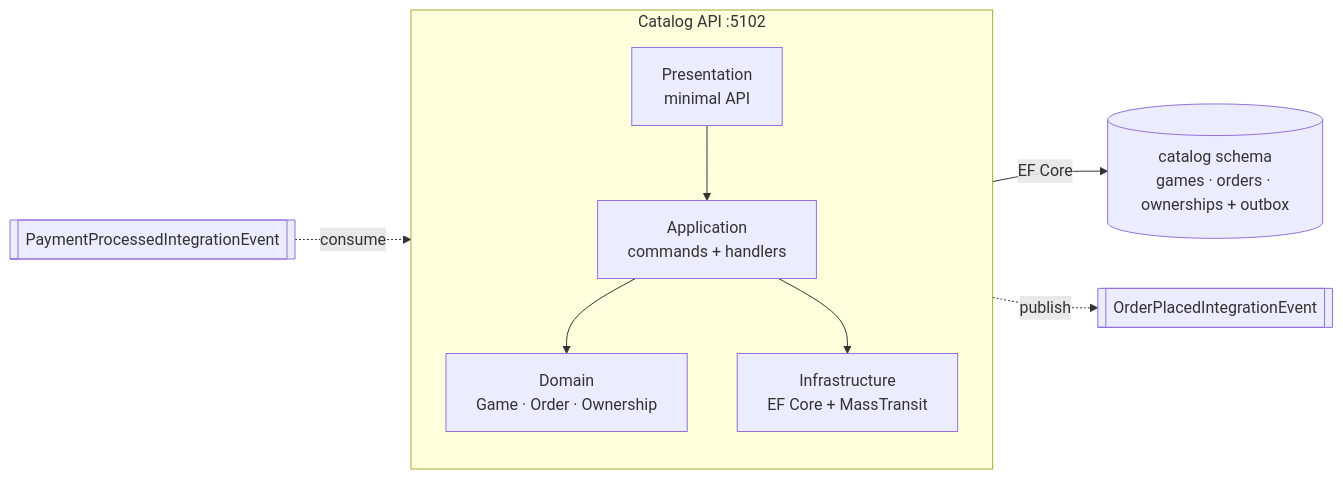
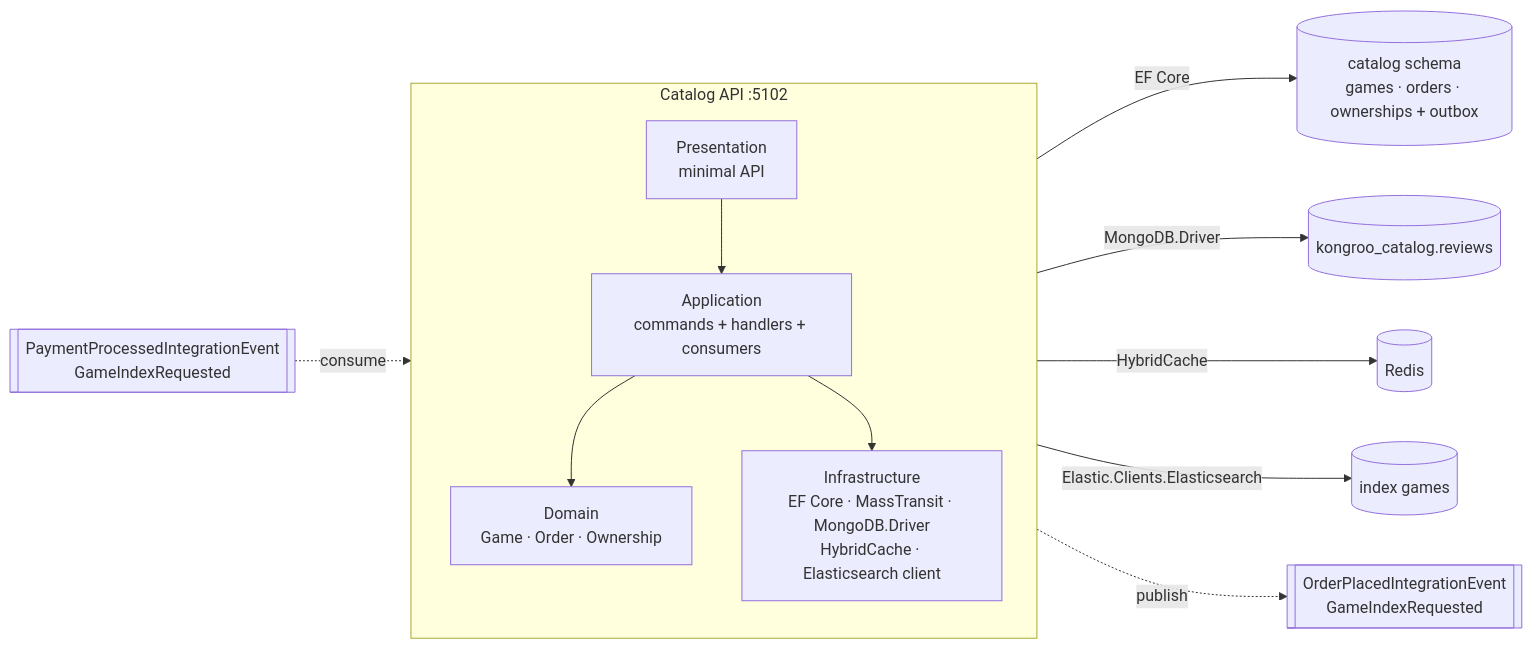
One commit to almeidajr/Kongroo.Orchestration changed the fifth of 11 diagrams in ARCHITECTURE.md. Above: the diagram before and after it, drawn with Mermaid. The commit also changed other lines of this file, not shown here.

Commit message:
docs: update ARCHITECTURE for Phase 4: EKS deployment, CI/CD, Game Search sync and cache layers

````diff
--- a/ARCHITECTURE.md
+++ b/ARCHITECTURE.md
@@ -105,16 +275,19 @@
 ```mermaid
 flowchart LR
     subgraph catalog[Catalog API :5102]
         direction TB
         pres[Presentation<br/>minimal API]
-        app[Application<br/>commands + handlers]
+        app[Application<br/>commands + handlers + consumers]
         dom[Domain<br/>Game · Order · Ownership]
-        inf[Infrastructure<br/>EF Core + MassTransit]
+        inf[Infrastructure<br/>EF Core · MassTransit · MongoDB.Driver<br/>HybridCache · Elasticsearch client]
         pres --> app
         app --> dom
         app --> inf
     end
     inf -->|EF Core| db[(catalog schema<br/>games · orders · ownerships + outbox)]
-    inf -.->|publish| out[[OrderPlacedIntegrationEvent]]
-    inc[[PaymentProcessedIntegrationEvent]] -.->|consume| inf
+    inf -->|MongoDB.Driver| mongo[(kongroo_catalog.reviews)]
+    inf -->|HybridCache| redis[(Redis)]
+    inf -->|Elastic.Clients.Elasticsearch| es[(index games)]
+    inf -.->|publish| out[[OrderPlacedIntegrationEvent<br/>GameIndexRequested]]
+    inc[[PaymentProcessedIntegrationEvent<br/>GameIndexRequested]] -.->|consume| inf
 ```
````
